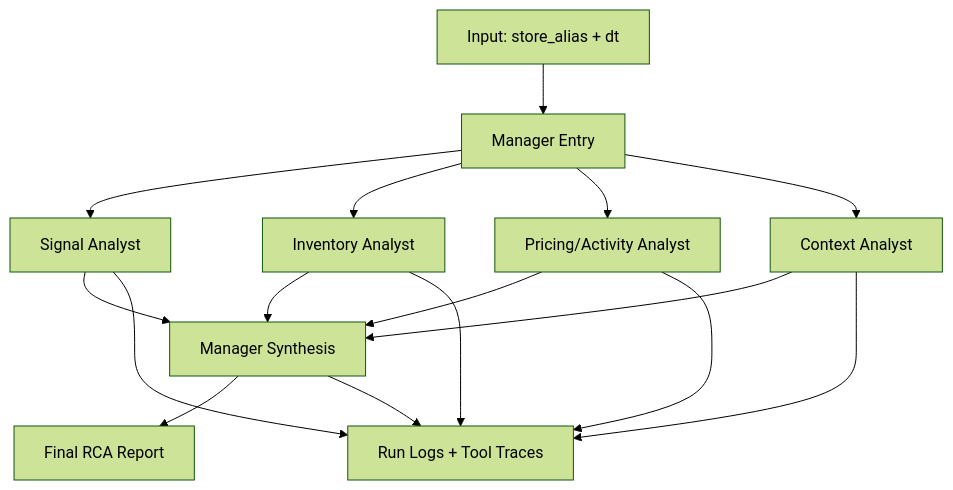
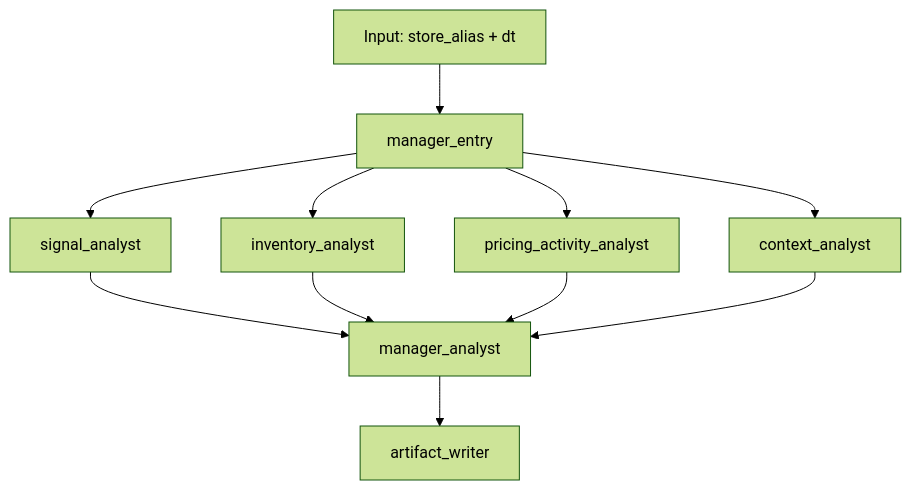
Before and after one commit to chiaweiwoo/retail-insight-agent: the diagram in README.md, drawn with Mermaid (forest theme). The commit also changed other lines of this file and 2 other files, not shown here.

````diff
--- a/README.md
+++ b/README.md
@@ -127,18 +121,13 @@
 ```mermaid
 flowchart TD
-    A["Input: store_alias + dt"] --> B["Manager Entry"]
-    B --> C["Signal Analyst"]
-    B --> D["Inventory Analyst"]
-    B --> E["Pricing/Activity Analyst"]
-    B --> F["Context Analyst"]
-    C --> G["Manager Synthesis"]
+    A["Input: store_alias + dt"] --> B["manager_entry"]
+    B --> C["signal_analyst"]
+    B --> D["inventory_analyst"]
+    B --> E["pricing_activity_analyst"]
+    B --> F["context_analyst"]
+    C --> G["manager_analyst"]
     D --> G
     E --> G
     F --> G
-    G --> H["Final RCA Report"]
-    C --> I["Run Logs + Tool Traces"]
-    D --> I
-    E --> I
-    F --> I
-    G --> I
+    G --> H["artifact_writer"]
 ```
````
